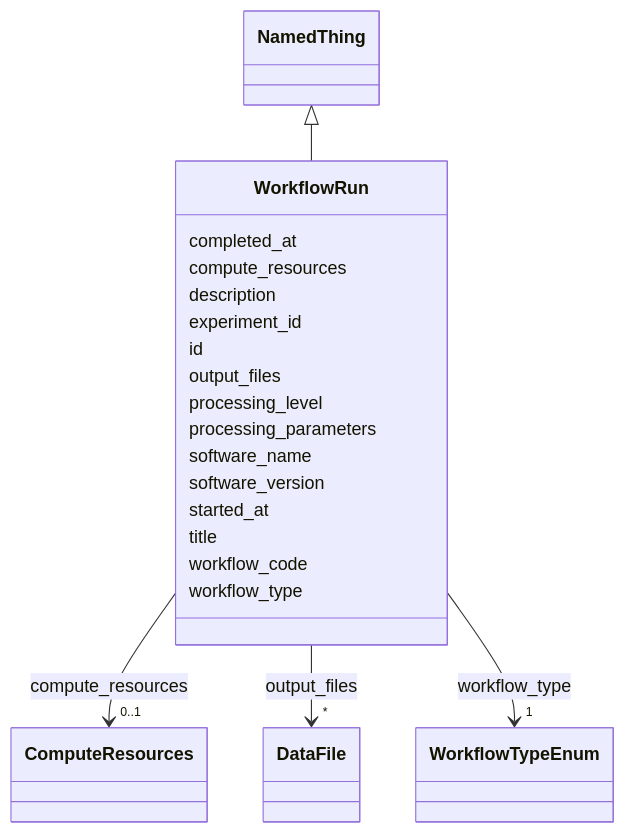
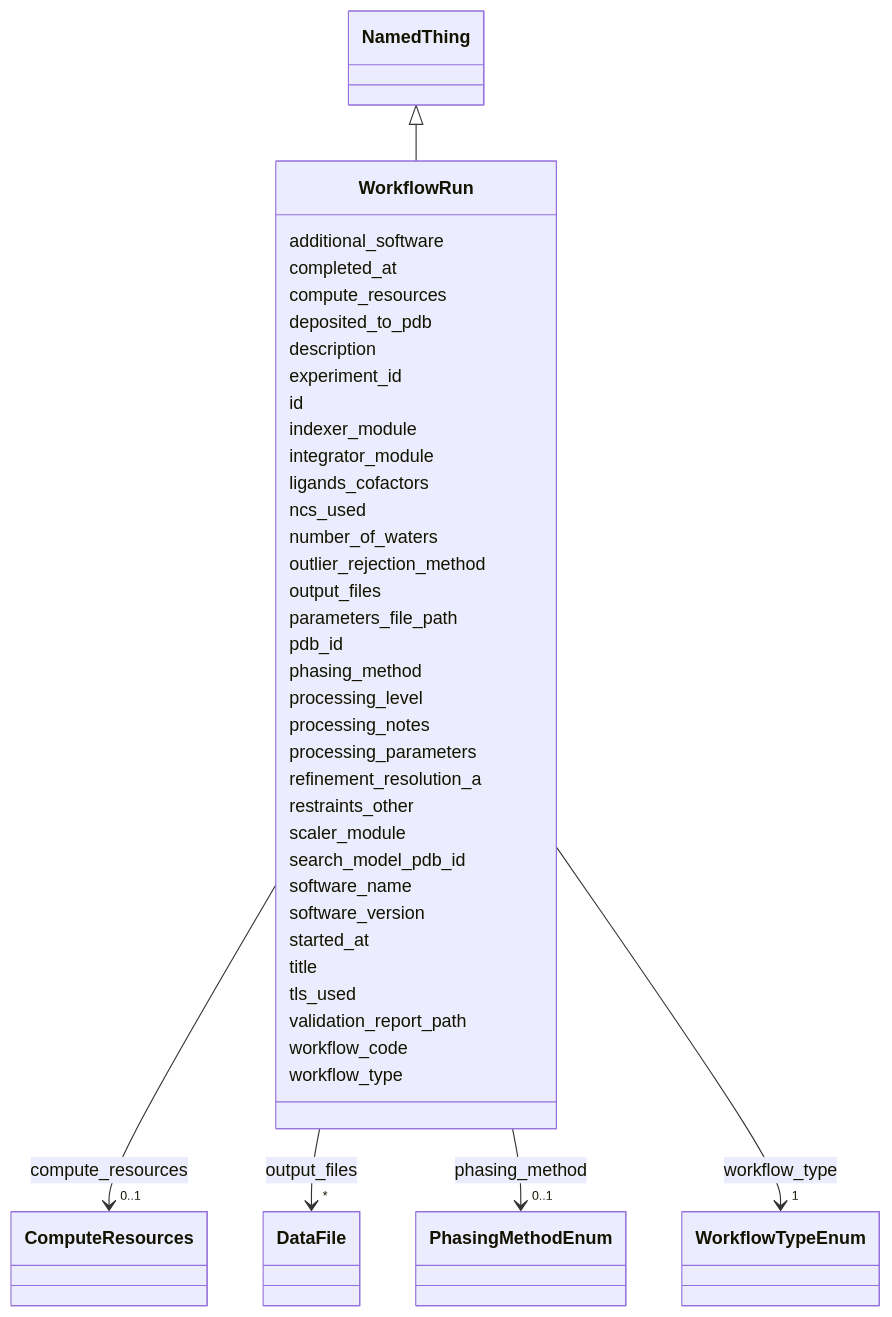
The diagram in docs/WorkflowRun.md (lambda-ber/lambda-ber-schema), drawn with Mermaid before and after one commit. The commit also changed other lines of this file and 338 other files, not shown here.

```diff
--- a/docs/WorkflowRun.md
+++ b/docs/WorkflowRun.md
@@ -22,6 +22,8 @@
       NamedThing <|-- WorkflowRun
         click NamedThing href "../NamedThing/"
       
+      WorkflowRun : additional_software
+        
       WorkflowRun : completed_at
         
       WorkflowRun : compute_resources
@@ -35,11 +37,25 @@
     
 
         
+      WorkflowRun : deposited_to_pdb
+        
       WorkflowRun : description
         
       WorkflowRun : experiment_id
         
       WorkflowRun : id
+        
+      WorkflowRun : indexer_module
+        
+      WorkflowRun : integrator_module
+        
+      WorkflowRun : ligands_cofactors
+        
+      WorkflowRun : ncs_used
+        
+      WorkflowRun : number_of_waters
+        
+      WorkflowRun : outlier_rejection_method
         
       WorkflowRun : output_files
         
@@ -52,9 +68,34 @@
     
 
         
+      WorkflowRun : parameters_file_path
+        
+      WorkflowRun : pdb_id
+        
+      WorkflowRun : phasing_method
+        
+          
+    
+        
+        
+        WorkflowRun --> "0..1" PhasingMethodEnum : phasing_method
+        click PhasingMethodEnum href "../PhasingMethodEnum/"
+    
+
+        
       WorkflowRun : processing_level
         
+      WorkflowRun : processing_notes
+        
       WorkflowRun : processing_parameters
+        
+      WorkflowRun : refinement_resolution_a
+        
+      WorkflowRun : restraints_other
+        
+      WorkflowRun : scaler_module
+        
+      WorkflowRun : search_model_pdb_id
         
       WorkflowRun : software_name
         
@@ -63,6 +104,10 @@
       WorkflowRun : started_at
         
       WorkflowRun : title
+        
+      WorkflowRun : tls_used
+        
+      WorkflowRun : validation_report_path
         
       WorkflowRun : workflow_code
         
```
